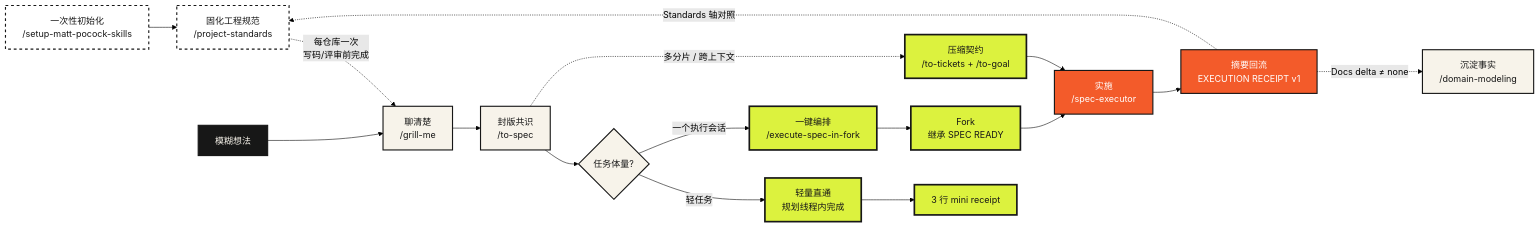
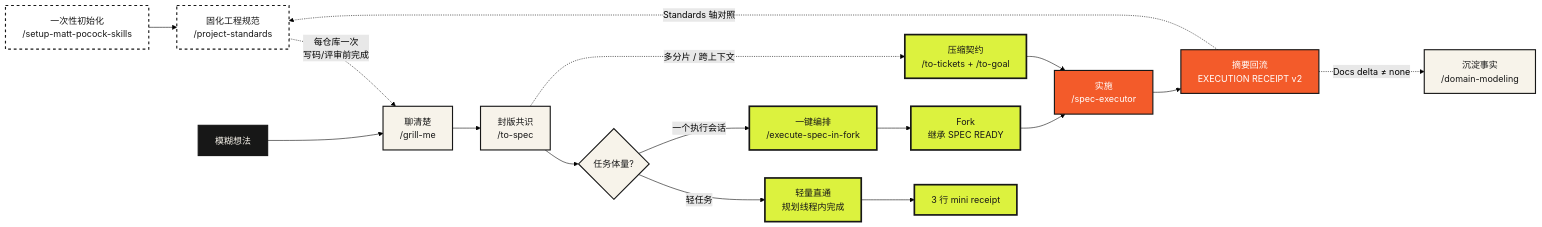
Before and after one commit to opsbli/sam-skills: the diagram in README.md, drawn with Mermaid (forest theme). The commit also changed other lines of this file and 32 other files, not shown here.

````diff
--- a/README.md
+++ b/README.md
@@ -41,30 +41,30 @@
 ```mermaid
 flowchart LR
     setup["一次性初始化<br/>/setup-matt-pocock-skills"] --> standards["固化工程规范<br/>/project-standards"]
     standards -. "每仓库一次<br/>写码/评审前完成" .-> grill
     idea["模糊想法"] --> grill["聊清楚<br/>/grill-me"]
     grill --> spec["封版共识<br/>/to-spec"]
     spec --> route{"任务体量?"}
     route -- "轻任务" --> express["轻量直通<br/>规划线程内完成"]
     express --> mini["3 行 mini receipt"]
     route -- "一个执行会话" --> orchestrate["一键编排<br/>/execute-spec-in-fork"]
     orchestrate --> fork["Fork<br/>继承 SPEC READY"]
     fork --> execute["实施<br/>/spec-executor"]
-    execute --> receipt["摘要回流<br/>EXECUTION RECEIPT v1"]
+    execute --> receipt["摘要回流<br/>EXECUTION RECEIPT v2"]
     spec -. "多分片 / 跨上下文" .-> goal["压缩契约<br/>/to-tickets + /to-goal"]
     goal --> execute
     receipt -. "Docs delta ≠ none" .-> settle["沉淀事实<br/>/domain-modeling"]
     receipt -. "Standards 轴对照" .-> standards
 
     classDef source fill:#171717,color:#F7F3EA,stroke:#171717,stroke-width:2px;
     classDef plan fill:#F7F3EA,color:#171717,stroke:#171717,stroke-width:2px;
     classDef contract fill:#DCF23E,color:#171717,stroke:#171717,stroke-width:3px;
     classDef action fill:#F35B2A,color:#FFFFFF,stroke:#171717,stroke-width:2px;
     classDef init fill:#FFFFFF,color:#171717,stroke:#171717,stroke-width:2px,stroke-dasharray:5 5;
 
     class idea source;
     class grill,spec,route,settle plan;
     class orchestrate,fork,goal,express,mini contract;
     class execute,receipt action;
     class setup,standards init;
 ```
````
